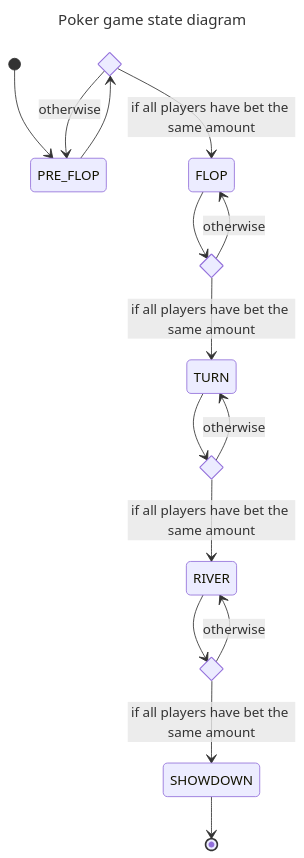
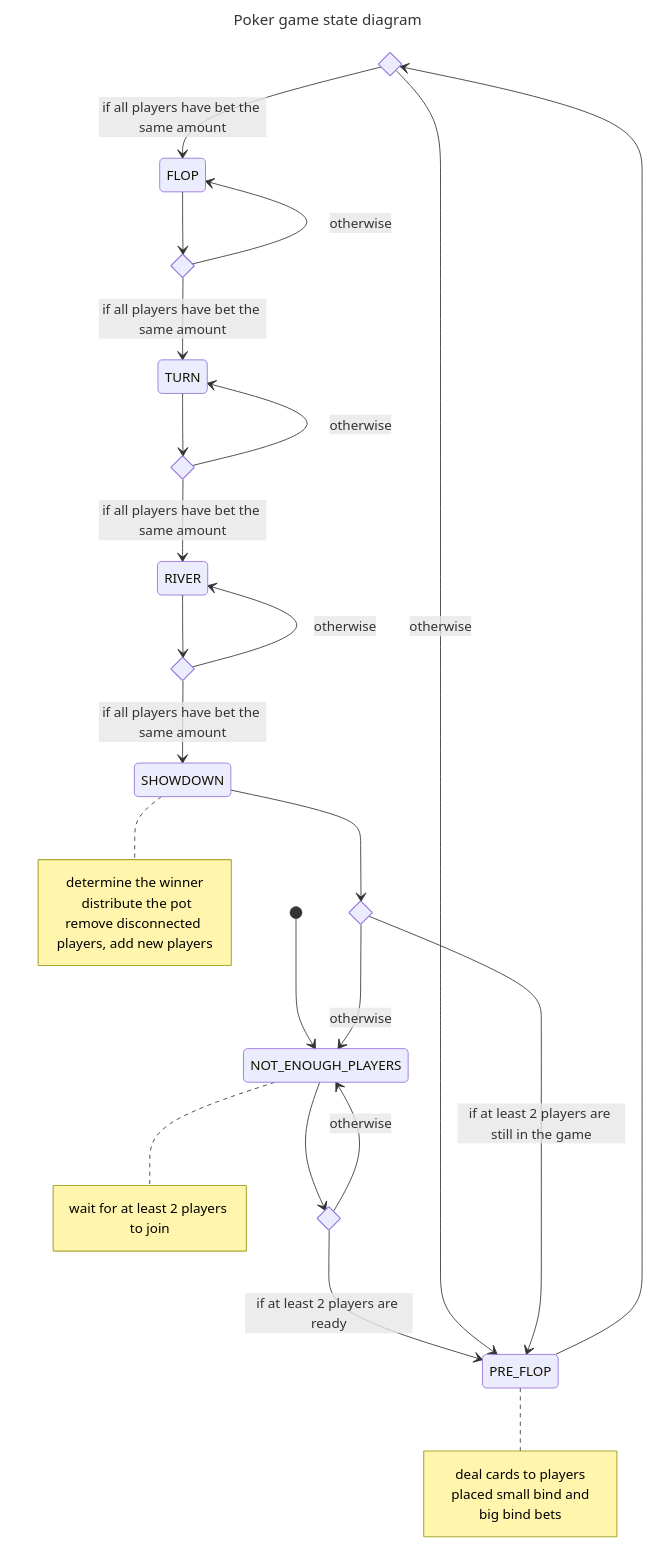
Before and after one commit to yewjung/poker-rust: the diagram in README.md, drawn with Mermaid. The commit also changed 4 other files, not shown here.

````diff
--- a/README.md
+++ b/README.md
@@ -1,24 +1,42 @@
 ```mermaid
 ---
 title: Poker game state diagram
 ---
 stateDiagram-v2
+    state NOT_ENOUGH_PLAYERS
+    state PRE_FLOP
+    state FLOP
+    state TURN
+    state RIVER
+    state SHOWDOWN
+
     state pre_flop_betting_done <<choice>>
     state flop_betting_done <<choice>>
     state turn_betting_done <<choice>>
     state river_betting_done <<choice>>
-    [*] --> PRE_FLOP
+    state new_game <<choice>>
+    state start_game <<choice>>
+    
+    [*] --> NOT_ENOUGH_PLAYERS
+    note right of NOT_ENOUGH_PLAYERS: wait for at least 2 players to join
+    NOT_ENOUGH_PLAYERS --> start_game
+    start_game --> PRE_FLOP: if at least 2 players are ready
+    start_game --> NOT_ENOUGH_PLAYERS: otherwise
+    note right of PRE_FLOP: deal cards to players<br> placed small bind and big bind bets
     PRE_FLOP --> pre_flop_betting_done
     pre_flop_betting_done --> FLOP: if all players have bet the same amount
     pre_flop_betting_done --> PRE_FLOP: otherwise
     FLOP --> flop_betting_done
     flop_betting_done --> TURN: if all players have bet the same amount
     flop_betting_done --> FLOP: otherwise
     TURN --> turn_betting_done
     turn_betting_done --> RIVER: if all players have bet the same amount
     turn_betting_done --> TURN: otherwise
     RIVER --> river_betting_done
     river_betting_done --> SHOWDOWN: if all players have bet the same amount
     river_betting_done --> RIVER: otherwise
-    SHOWDOWN --> [*]
+    note right of SHOWDOWN: determine the winner<br> distribute the pot<br>remove disconnected players, add new players
+    SHOWDOWN --> new_game
+    new_game --> PRE_FLOP: if at least 2 players are still in the game
+    new_game --> NOT_ENOUGH_PLAYERS: otherwise
 ```
````
